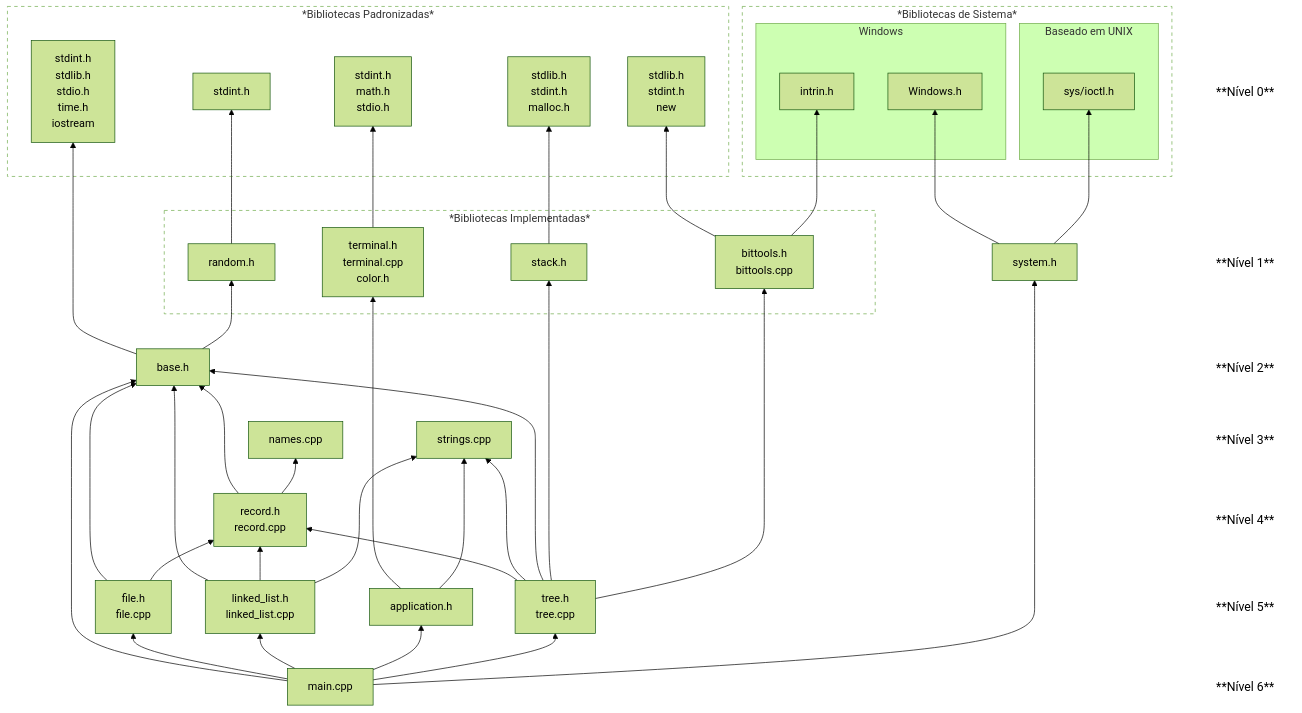
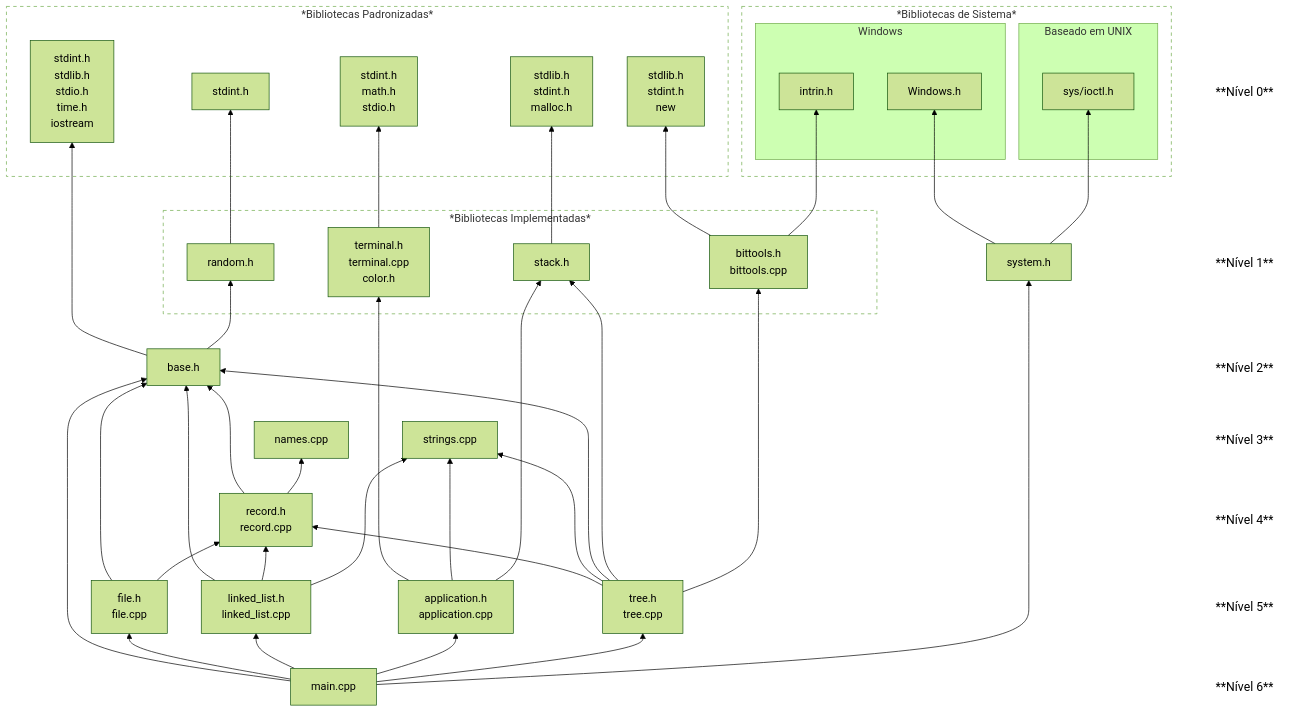
Before and after one commit to alan-b-lima/Binary_Tree: the diagram in README.md, drawn with Mermaid (forest theme). The commit also changed other lines of this file and 7 other files, not shown here.

```diff
--- a/README.md
+++ b/README.md
@@ -96,6 +96,11 @@
       bittools.h
       bittools.cpp
    ]
+
+   record.h[
+      record.h
+      record.cpp
+   ]
    
    terminal.h[
       terminal.h
@@ -113,9 +118,9 @@
       linked_list.cpp
    ]
 
-   record.h[
-      record.h
-      record.cpp
+   application.h[
+      application.h
+      application.cpp
    ]
 
    tree.h[
@@ -139,6 +144,7 @@
    
    application.h --> terminal.h
    application.h ---> strings.cpp
+   application.h ---> stack.h
 
    tree.h --> record.h
    tree.h ---> strings.cpp
```
